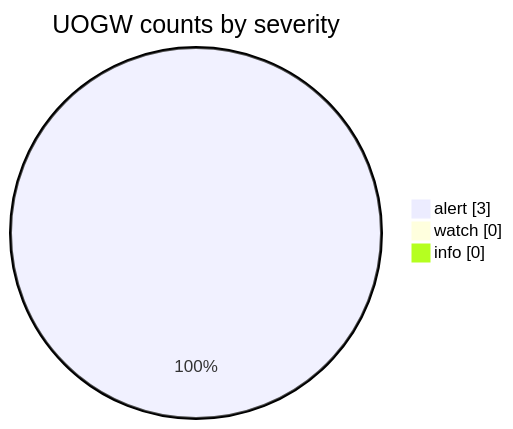
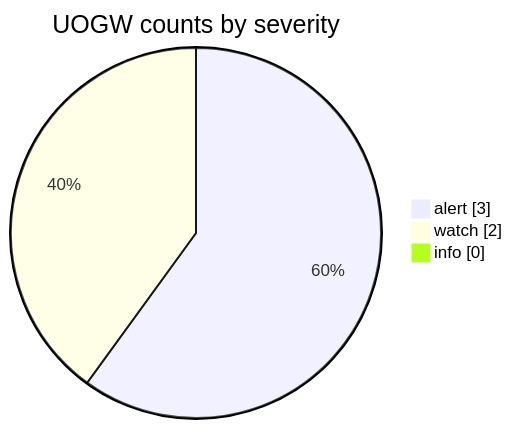
One commit to Midwest-Stratospheric/aerostratospheric-defense-gir changed the fourth of 6 diagrams in docs/GRAPHS.md. Above: the diagram before and after it, drawn with Mermaid. The commit also changed other lines of this file and 24 other files, not shown here.

````diff
--- a/docs/GRAPHS.md
+++ b/docs/GRAPHS.md
@@ -66,7 +66,7 @@
 ```mermaid
 pie showData
   title UOGW counts by severity
   "alert" : 3
-  "watch" : 0
+  "watch" : 2
   "info" : 0
 ```
````
